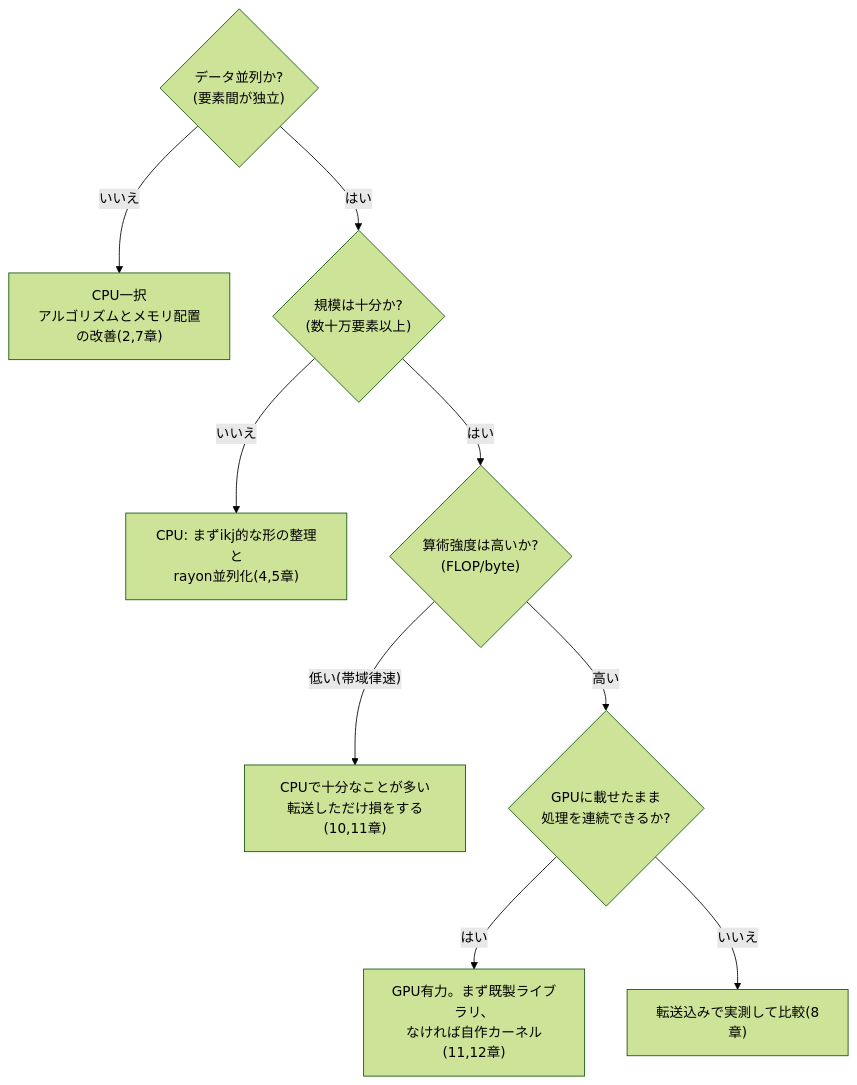
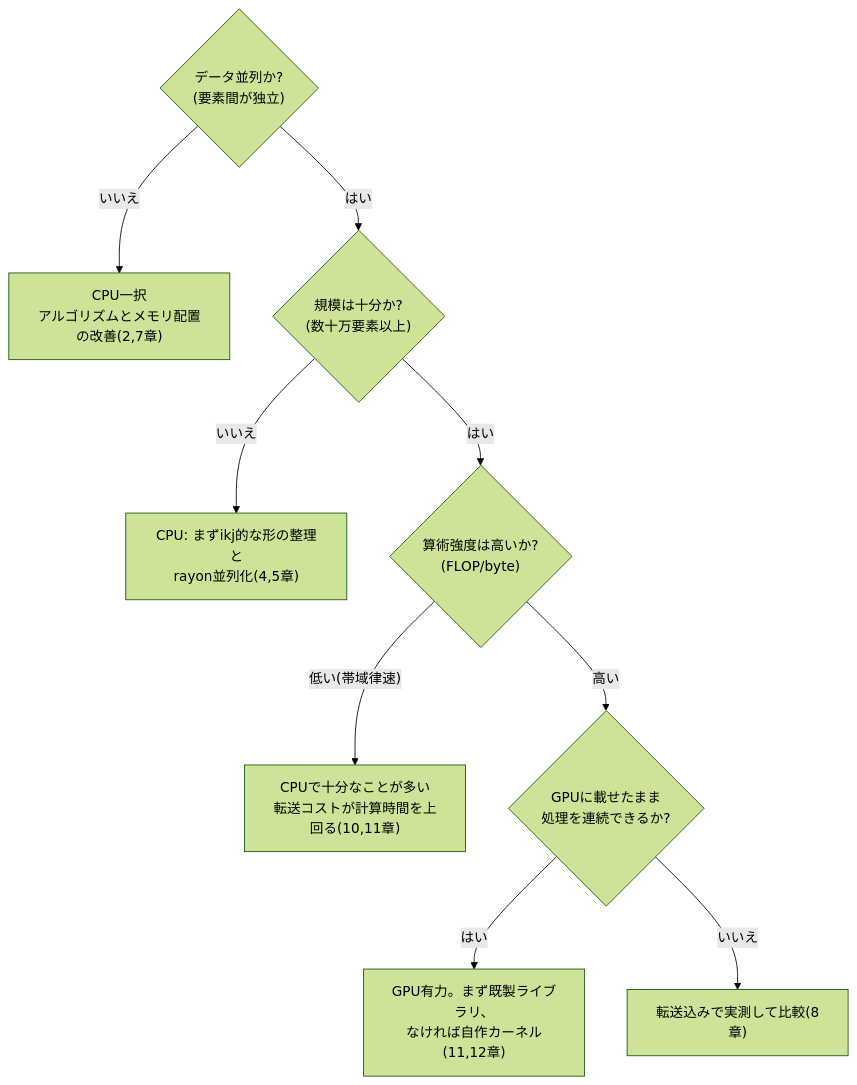
One commit to ushironoko/rust-cpu-gpu-book changed the diagram in src/content/docs/gpu/12-cpu-vs-gpu.mdx. Above: the diagram before and after it, drawn with Mermaid (forest theme). The commit also changed other lines of this file and 35 other files, not shown here.

````diff
--- a/src/content/docs/gpu/12-cpu-vs-gpu.mdx
+++ b/src/content/docs/gpu/12-cpu-vs-gpu.mdx
@@ -221,11 +222,11 @@
 ```mermaid
 flowchart TB
     q1{"データ並列か?<br/>(要素間が独立)"} -->|いいえ| cpu1["CPU一択<br/>アルゴリズムとメモリ配置の改善(2,7章)"]
     q1 -->|はい| q2{"規模は十分か?<br/>(数十万要素以上)"}
     q2 -->|いいえ| cpu2["CPU: まずikj的な形の整理と<br/>rayon並列化(4,5章)"]
     q2 -->|はい| q3{"算術強度は高いか?<br/>(FLOP/byte)"}
-    q3 -->|"低い(帯域律速)"| cpu3["CPUで十分なことが多い<br/>転送しただけ損をする(10,11章)"]
+    q3 -->|"低い(帯域律速)"| cpu3["CPUで十分なことが多い<br/>転送コストが計算時間を上回る(10,11章)"]
     q3 -->|高い| q4{"GPUに載せたまま<br/>処理を連続できるか?"}
     q4 -->|はい| gpu["GPU有力。まず既製ライブラリ、<br/>なければ自作カーネル(11,12章)"]
     q4 -->|いいえ| both["転送込みで実測して比較(8章)"]
 ```
````
